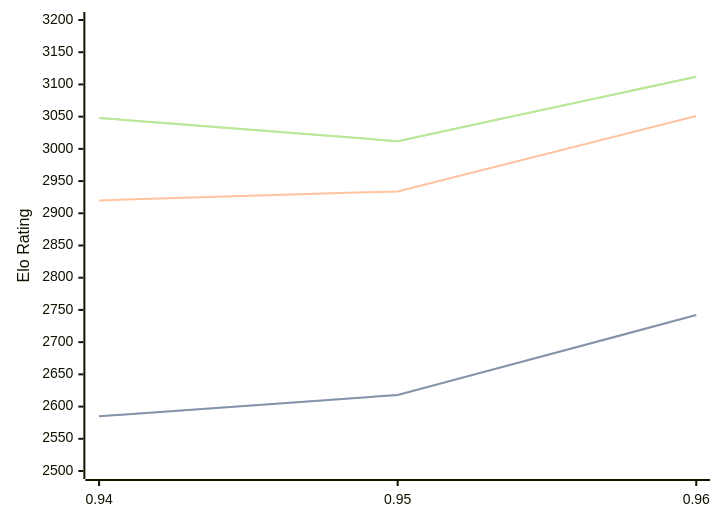
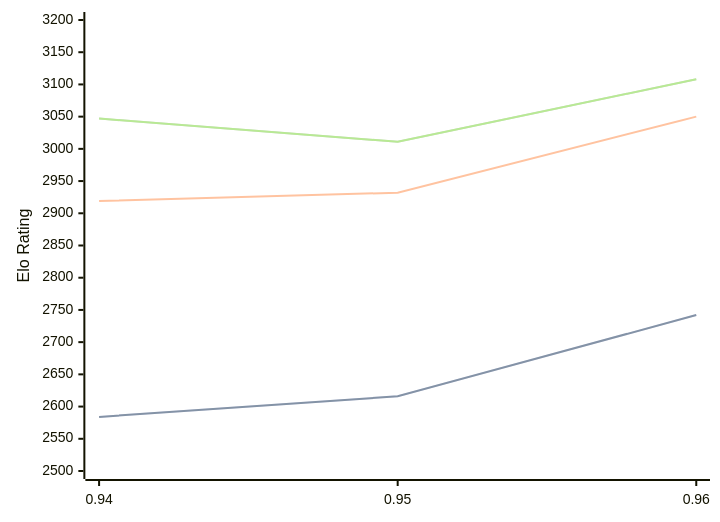
Before and after one commit to computer-chess-index/cci: the diagram in engines/Myrddin.md, drawn with Mermaid. The commit also changed other lines of this file, not shown here.

Commit message:
Update CCI Ratings (ELO VLTC) - 2026-08-04

````diff
--- a/engines/Myrddin.md
+++ b/engines/Myrddin.md
@@ -38,11 +38,11 @@
 ```mermaid
 %%{init: {"theme":"base","themeVariables":{"seriesColors:['#a3a3a3','#222221','#faa371']}}}%%
 xychart-beta
   x-axis ["0.94", "0.95", "0.96"]
   y-axis "Elo Rating" 2500 --> 3200
-  line "STC (8.0+0.08s)" [2585, 2618, 2742]
-  line "STC (8.0+0.08s)" [2585, 2618, 2742]
-  line "LTC (60.0+0.60s)" [2920, 2934, 3051]
-  line "VLTC (2m24s+1.12s)" [3048, 3012, 3112]
-  line "VLTC (2m24s+1.12s)" [3048, 3012, 3112]
+  line "STC (8.0+0.08s)" [2584, 2616, 2742]
+  line "STC (8.0+0.08s)" [2584, 2616, 2742]
+  line "LTC (60.0+0.60s)" [2919, 2932, 3050]
+  line "VLTC (2m24s+1.12s)" [3047, 3011, 3108]
+  line "VLTC (2m24s+1.12s)" [3047, 3011, 3108]
 ```
````
